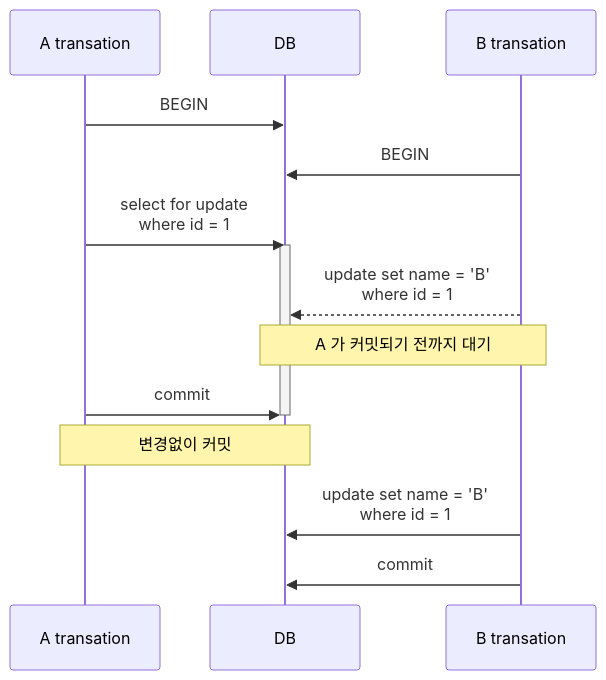
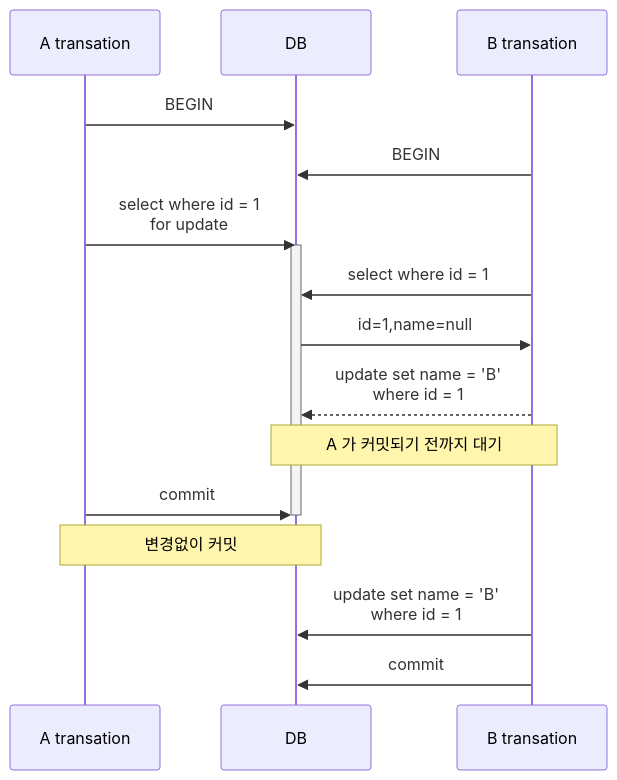
Before and after one commit to songkg7/haril-vault: the third of 4 diagrams in ready/select for update in PostgreSQL.md, drawn with Mermaid. The commit also changed other lines of this file and 1 other file, not shown here.

````diff
--- a/ready/select for update in PostgreSQL.md
+++ b/ready/select for update in PostgreSQL.md
@@ -100,17 +114,19 @@
 ```mermaid
 sequenceDiagram
     participant A as A transation
     participant DB
     participant B as B transation
     A->>DB: BEGIN
     B->>DB: BEGIN
-    A->>DB: select for update<br/>where id = 1
+    A->>DB: select where id = 1<br/>for update
     activate DB
+    B->>DB: select where id = 1
+    DB->>B: id=1,name=null
     B-->>DB: update set name = 'B'<br/>where id = 1
     Note over B,DB: A 가 커밋되기 전까지 대기
     A->>DB: commit
     deactivate DB
     Note over A,DB: 변경없이 커밋
     B->>DB: update set name = 'B'<br/>where id = 1
     B->>DB: commit
 ```
````
